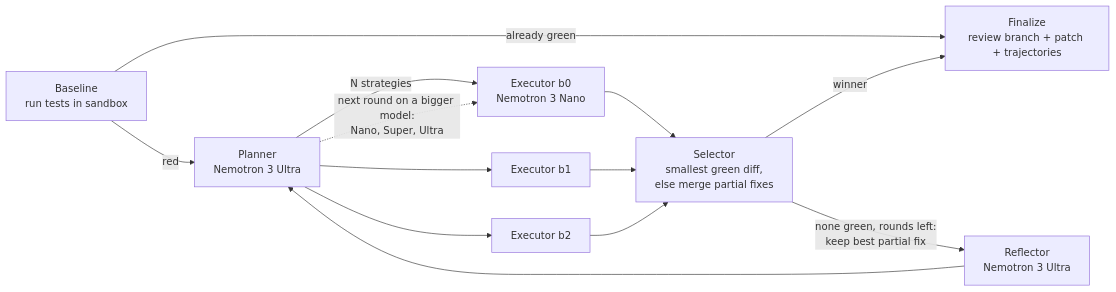
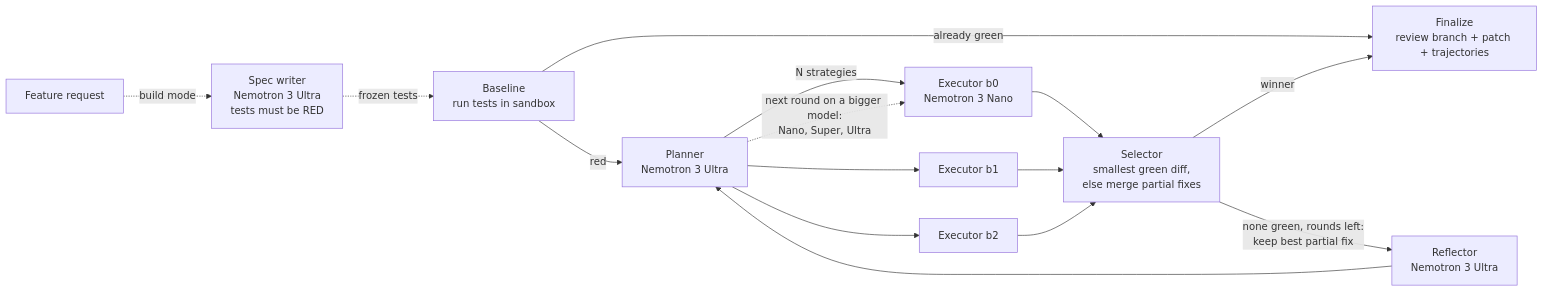
One commit to Maukthik/codefork changed the diagram in README.md. Above: the diagram before and after it, drawn with Mermaid. The commit also changed other lines of this file and 16 other files, not shown here.

Commit message:
Build mode: feature request -> tests first -> code; library demo; CI; SWE-rebench harness

````diff
--- a/README.md
+++ b/README.md
@@ -37,12 +54,13 @@
 ```mermaid
 flowchart LR
+    Q[Feature request] -.->|build mode| W[Spec writer<br/>Nemotron 3 Ultra<br/>tests must be RED] -.->|frozen tests| B
     B[Baseline<br/>run tests in sandbox] -->|red| P[Planner<br/>Nemotron 3 Ultra]
     B -->|already green| F
     P -->|N strategies| E1[Executor b0<br/>Nemotron 3 Nano]
     P --> E2[Executor b1]
     P --> E3[Executor b2]
     E1 & E2 & E3 --> S[Selector<br/>smallest green diff,<br/>else merge partial fixes]
     S -->|winner| F[Finalize<br/>review branch + patch + trajectories]
     S -->|none green, rounds left:<br/>keep best partial fix| R[Reflector<br/>Nemotron 3 Ultra] --> P
     P -.->|next round on a bigger model:<br/>Nano, Super, Ultra| E1
 ```
````
